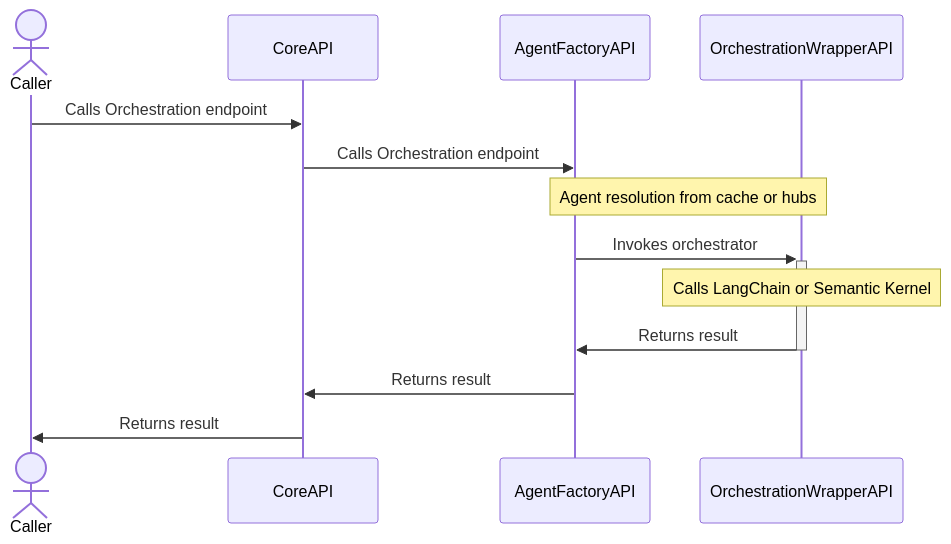
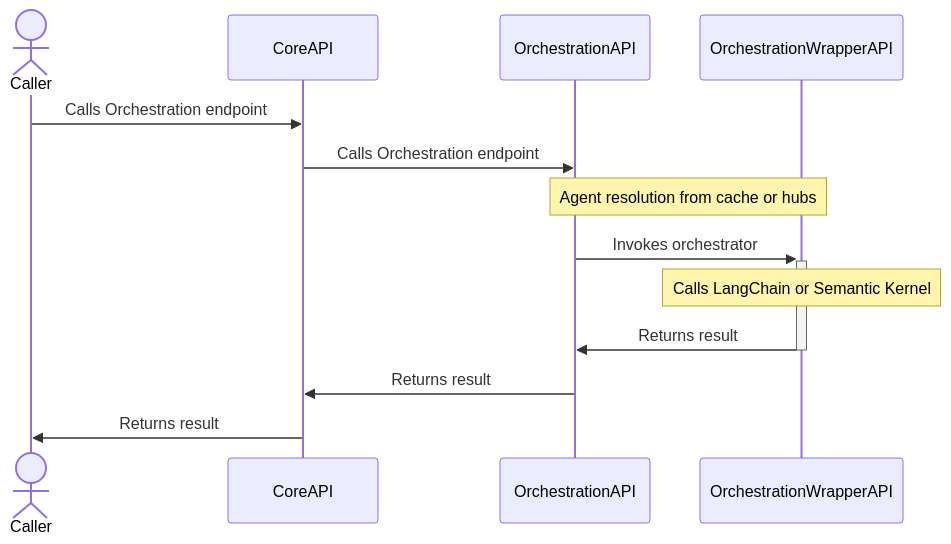
The first of 2 diagrams in docs/development/calling-apis/directly-calling-core-api.md (visioninhope/foundationallm), drawn with Mermaid before and after one commit. The commit also changed other lines of this file, not shown here.

Commit message:
Update OrchestrationAPI name in dev docs

````diff
--- a/docs/development/calling-apis/directly-calling-core-api.md
+++ b/docs/development/calling-apis/directly-calling-core-api.md
@@ -9,17 +9,17 @@
 ```mermaid
 sequenceDiagram
     actor U as Caller
     participant C as CoreAPI
-    participant A as AgentFactoryAPI
+    participant A as OrchestrationAPI
     participant O as OrchestrationWrapperAPI
 
     U->>C: Calls Orchestration endpoint
     C->>A: Calls Orchestration endpoint
     Note over A,O: Agent resolution from cache or hubs
     A->>+O: Invokes orchestrator
     Note over O: Calls LangChain or Semantic Kernel
     O->>-A: Returns result
     A->>C: Returns result
     C->>U: Returns result
 
 ```
````
